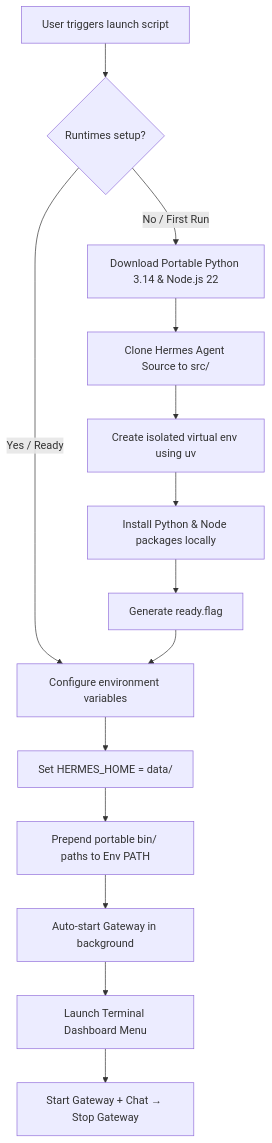
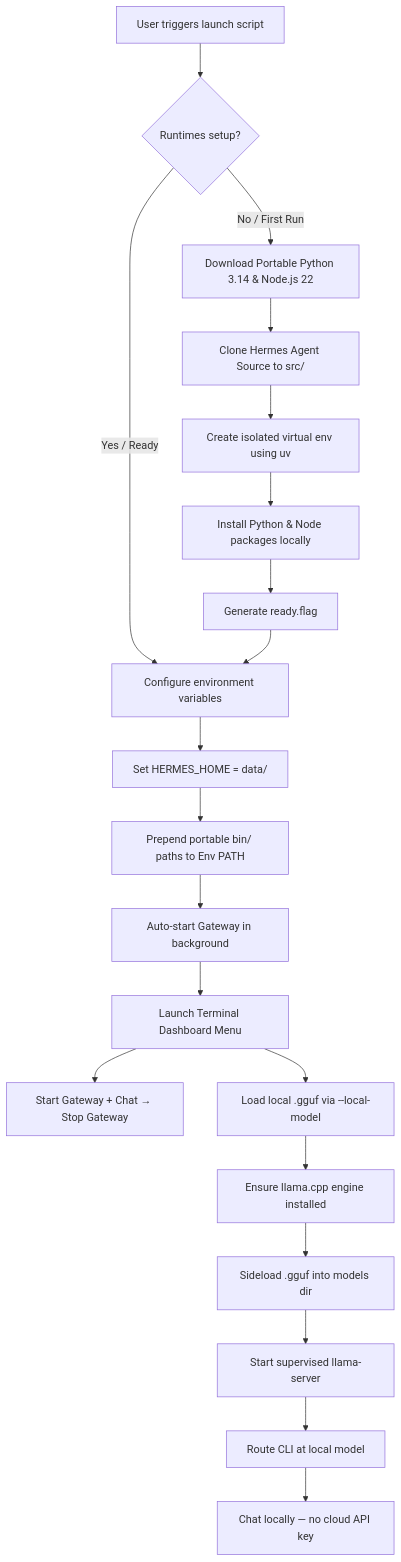
One commit to Confeder8/hermes-local-gguf changed the diagram in README.md. Above: the diagram before and after it, drawn with Mermaid. The commit also changed other lines of this file, not shown here.

First line of the commit message:
docs: document local .gguf / llama.cpp support in root README

````diff
--- a/README.md
+++ b/README.md
@@ -59,16 +60,22 @@
 ```mermaid
 graph TD
     A[User triggers launch script] --> B{Runtimes setup?}
     B -- No / First Run --> C[Download Portable Python 3.14 & Node.js 22]
     C --> D[Clone Hermes Agent Source to src/]
     D --> E[Create isolated virtual env using uv]
     E --> F[Install Python & Node packages locally]
     F --> G[Generate ready.flag]
     B -- Yes / Ready --> H[Configure environment variables]
     G --> H
     H --> I[Set HERMES_HOME = data/]
     I --> J[Prepend portable bin/ paths to Env PATH]
     J --> K[Auto-start Gateway in background]
     K --> L[Launch Terminal Dashboard Menu]
     L --> M[Start Gateway + Chat → Stop Gateway]
+    L --> N[Load local .gguf via --local-model]
+    N --> O[Ensure llama.cpp engine installed]
+    O --> P[Sideload .gguf into models dir]
+    P --> Q[Start supervised llama-server]
+    Q --> R[Route CLI at local model]
+    R --> S[Chat locally — no cloud API key]
 ```
````
